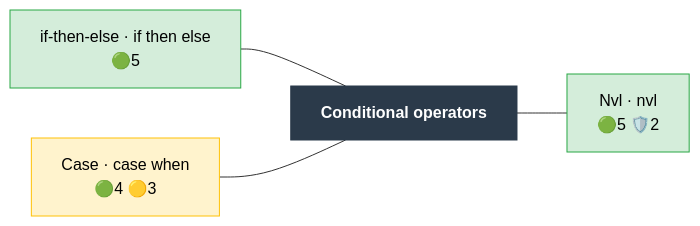
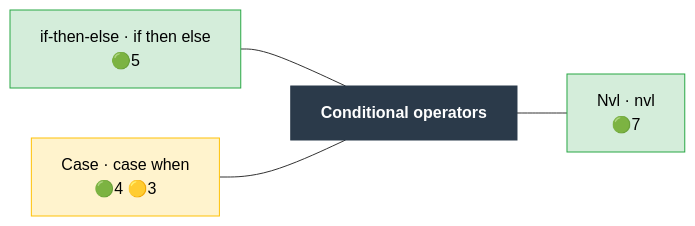
The diagram in docs/operator_map/conditional/index.rst (Meaningful-Data/vtlengine), drawn with Mermaid before and after one commit. The commit also changed other lines of this file and 154 other files, not shown here.

```diff
--- a/docs/operator_map/conditional/index.rst
+++ b/docs/operator_map/conditional/index.rst
@@ -17,21 +17,21 @@
 .. mermaid::
    :config: {"flowchart": {"useMaxWidth": false}}
 
    flowchart LR
        classDef ok fill:#d4edda,stroke:#28a745,color:#000
        classDef partial fill:#fff3cd,stroke:#ffc107,color:#000
        classDef refused fill:#d4edda,stroke:#28a745,stroke-width:3px,stroke-dasharray: 2 2,color:#000
        classDef missing fill:#f8d7da,stroke:#dc3545,color:#000
        classDef diverge fill:#cce5ff,stroke:#007bff,color:#000
        classDef block fill:#2b3a4a,stroke:#2b3a4a,color:#fff,font-weight:bold
        classDef ext fill:#fff,stroke:#666,color:#000,stroke-dasharray: 5 5
        B["Conditional operators"]:::block
        conditional__if_then_else["if-then-else · if then else<br/>🟢5"]:::ok
        conditional__case["Case · case when<br/>🟢4 🟡3"]:::partial
-       conditional__nvl["Nvl · nvl<br/>🟢5 🛡️2"]:::ok
+       conditional__nvl["Nvl · nvl<br/>🟢7"]:::ok
        conditional__if_then_else --- B
        conditional__case --- B
        B --- conditional__nvl
        click conditional__if_then_else href "if_then_else.html"
        click conditional__case href "case.html"
        click conditional__nvl href "nvl.html"
```
